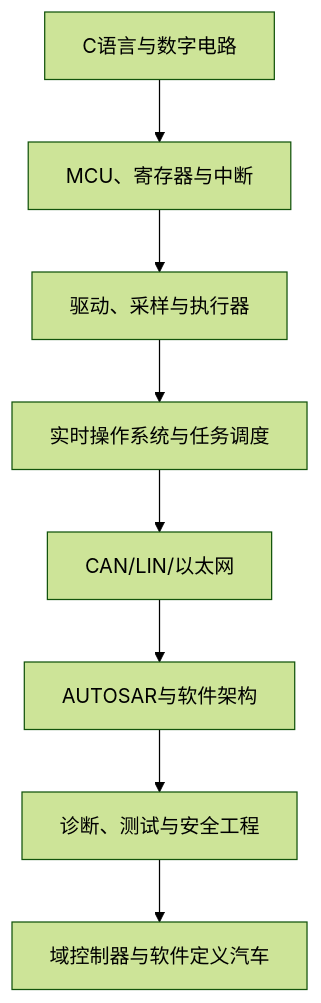
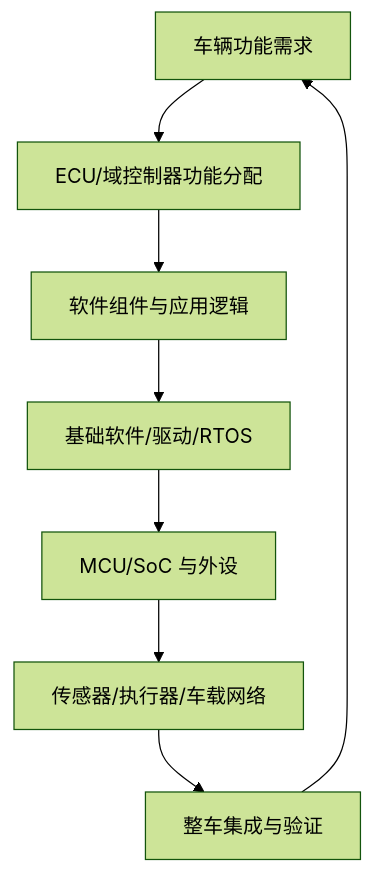
Before and after one commit to ilikui/Notes: the diagram in pages/汽车电子.md, drawn with Mermaid (forest theme). The commit also changed other lines of this file and 20 other files, not shown here.

First line of the commit message:
docs: complete foundation notes and add diagrams

````diff
--- a/pages/汽车电子.md
+++ b/pages/汽车电子.md
@@ -53,10 +17,10 @@
 ```mermaid
 flowchart TD
-    A[C语言与数字电路] --> B[MCU、寄存器与中断]
-    B --> C[驱动、采样与执行器]
-    C --> D[实时操作系统与任务调度]
-    D --> E[CAN/LIN/以太网]
-    E --> F[AUTOSAR与软件架构]
-    F --> G[诊断、测试与安全工程]
-    G --> H[域控制器与软件定义汽车]
+    A[车辆功能需求] --> B[ECU/域控制器功能分配]
+    B --> C[软件组件与应用逻辑]
+    C --> D[基础软件/驱动/RTOS]
+    D --> E[MCU/SoC 与外设]
+    E --> F[传感器/执行器/车载网络]
+    F --> G[整车集成与验证]
+    G --> A
 ```
````
